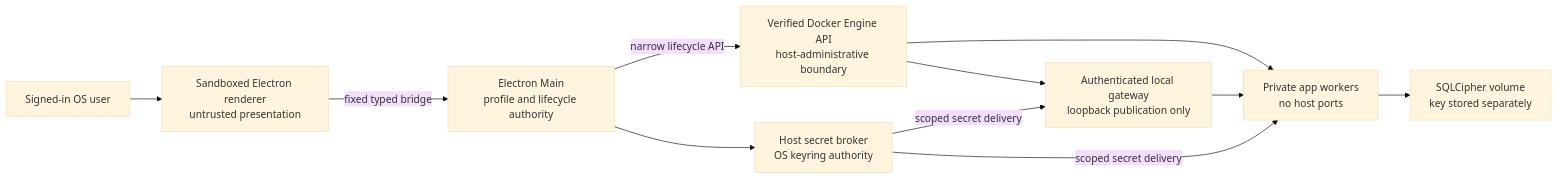
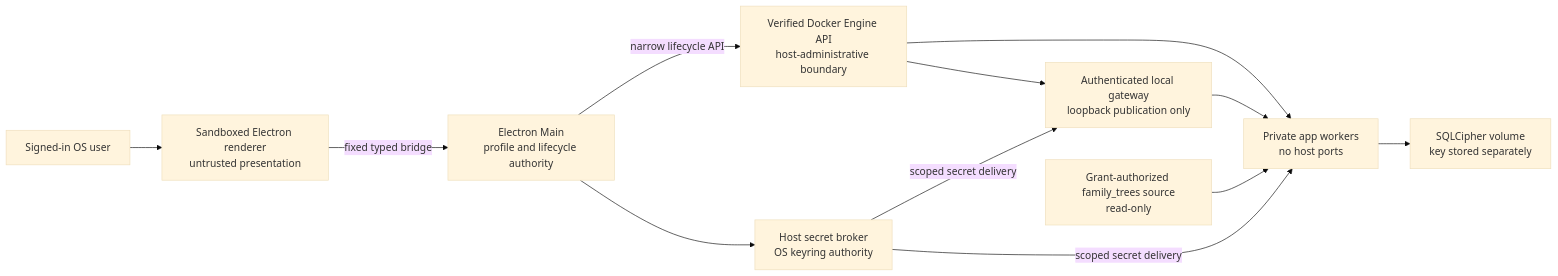
Before and after one commit to sodejm/AncestryLLM: the first of 2 diagrams in docs/ADR-0026-local-first-container-remote-deployment.md, drawn with Mermaid (base theme). The commit also changed other lines of this file and 4 other files, not shown here.

````diff
--- a/docs/ADR-0026-local-first-container-remote-deployment.md
+++ b/docs/ADR-0026-local-first-container-remote-deployment.md
@@ -68,22 +71,24 @@
 ```mermaid
 flowchart LR
     User["Signed-in OS user"]
     Renderer["Sandboxed Electron renderer\nuntrusted presentation"]
     Main["Electron Main\nprofile and lifecycle authority"]
     Broker["Host secret broker\nOS keyring authority"]
     Engine["Verified Docker Engine API\nhost-administrative boundary"]
     Gateway["Authenticated local gateway\nloopback publication only"]
     Workers["Private app workers\nno host ports"]
     Data["SQLCipher volume\nkey stored separately"]
+    FamilyTrees["Grant-authorized family_trees source\nread-only"]
 
     User --> Renderer
     Renderer -->|"fixed typed bridge"| Main
     Main --> Broker
     Main -->|"narrow lifecycle API"| Engine
     Engine --> Gateway
     Engine --> Workers
     Gateway --> Workers
     Workers --> Data
+    FamilyTrees --> Workers
     Broker -->|"scoped secret delivery"| Gateway
     Broker -->|"scoped secret delivery"| Workers
 ```
````
